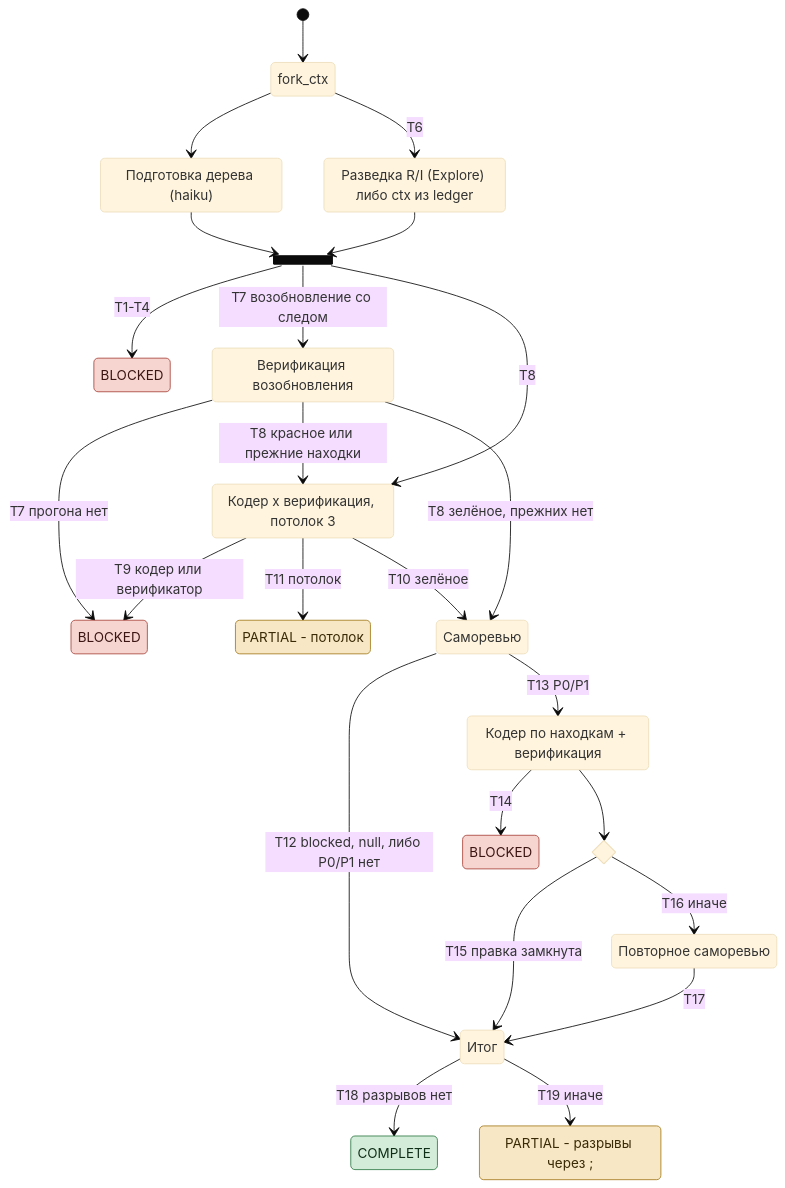
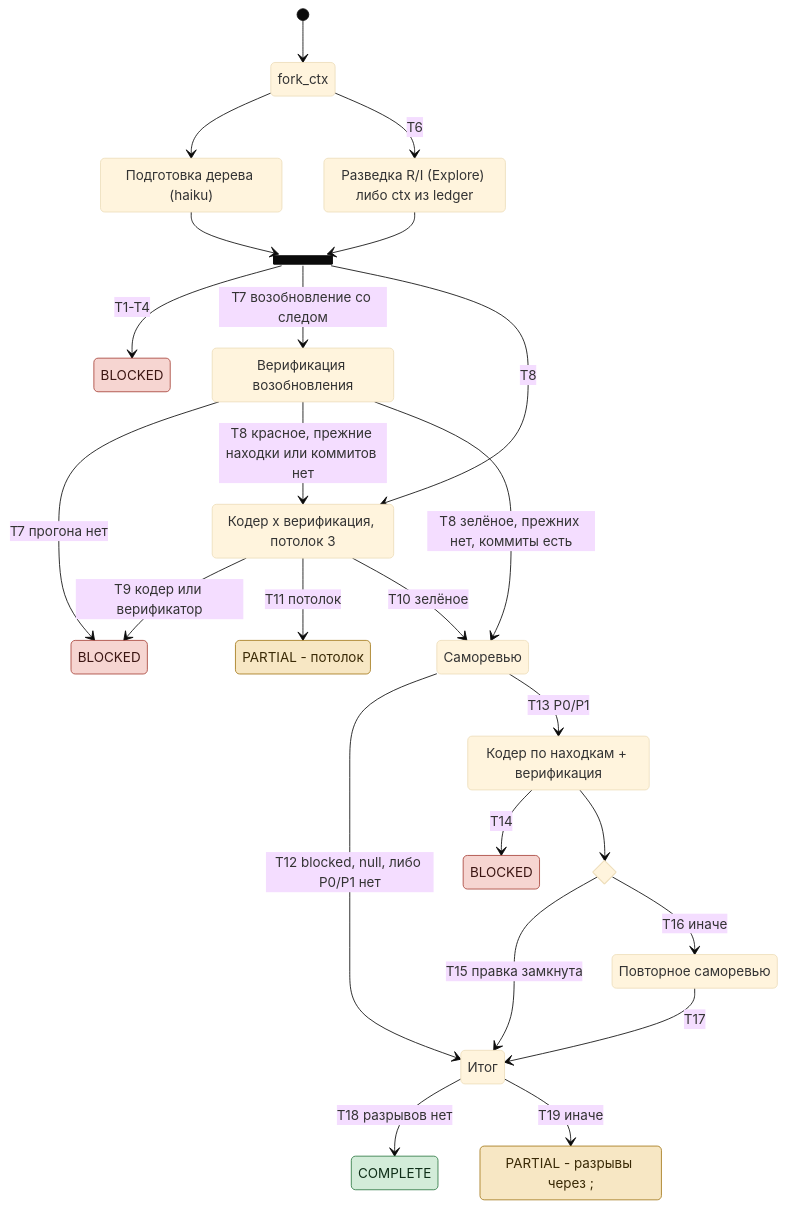
The diagram in plugins/auto/docs/tracks/feature.md (dex-it/claude-code-marketplace), drawn with Mermaid (base theme) before and after one commit. The commit also changed other lines of this file and 6 other files, not shown here.

````diff
--- a/plugins/auto/docs/tracks/feature.md
+++ b/plugins/auto/docs/tracks/feature.md
@@ -14,53 +14,53 @@
 ```mermaid
 stateDiagram-v2
   direction TB
   [*] --> fork_ctx
   state fork_ctx <<fork>>
   state join_ctx <<join>>
   state "Подготовка дерева (haiku)" as Prep
   state "Разведка R/I (Explore) либо ctx из ledger" as Req
   state "Верификация возобновления" as VerR
   state "Кодер x верификация, потолок 3" as Fix
   state "Саморевью" as Rev
   state "Кодер по находкам + верификация" as Fix2
   state "Повторное саморевью" as Rev2
   state "Итог" as Final
   state sealChoice <<choice>>
 
   state "BLOCKED" as B1
   state "BLOCKED" as B2
   state "BLOCKED" as B3
   state "PARTIAL - потолок" as P0
   state "COMPLETE" as C
   state "PARTIAL - разрывы через ;" as P1
 
   fork_ctx --> Prep
   fork_ctx --> Req: T6
   Prep --> join_ctx
   Req --> join_ctx
   join_ctx --> B1: T1-T4
   join_ctx --> VerR: T7 возобновление со следом
   join_ctx --> Fix: T8
   VerR --> B2: T7 прогона нет
-  VerR --> Fix: T8 красное или прежние находки
-  VerR --> Rev: T8 зелёное, прежних нет
+  VerR --> Fix: T8 красное, прежние находки или коммитов нет
+  VerR --> Rev: T8 зелёное, прежних нет, коммиты есть
   Fix --> B2: T9 кодер или верификатор
   Fix --> P0: T11 потолок
   Fix --> Rev: T10 зелёное
   Rev --> Final: T12 blocked, null, либо P0/P1 нет
   Rev --> Fix2: T13 P0/P1
   Fix2 --> B3: T14
   Fix2 --> sealChoice
   sealChoice --> Final: T15 правка замкнута
   sealChoice --> Rev2: T16 иначе
   Rev2 --> Final: T17
   Final --> C: T18 разрывов нет
   Final --> P1: T19 иначе
 
   classDef stop fill:#f6d5d1,stroke:#a8453b,color:#3b1512
   classDef part fill:#f7e7c4,stroke:#a57a1c,color:#3a2a06
   classDef done fill:#d3ecd9,stroke:#2f7a45,color:#0f2e18
   class B1,B2,B3 stop
   class P0,P1 part
   class C done
 ```
````
